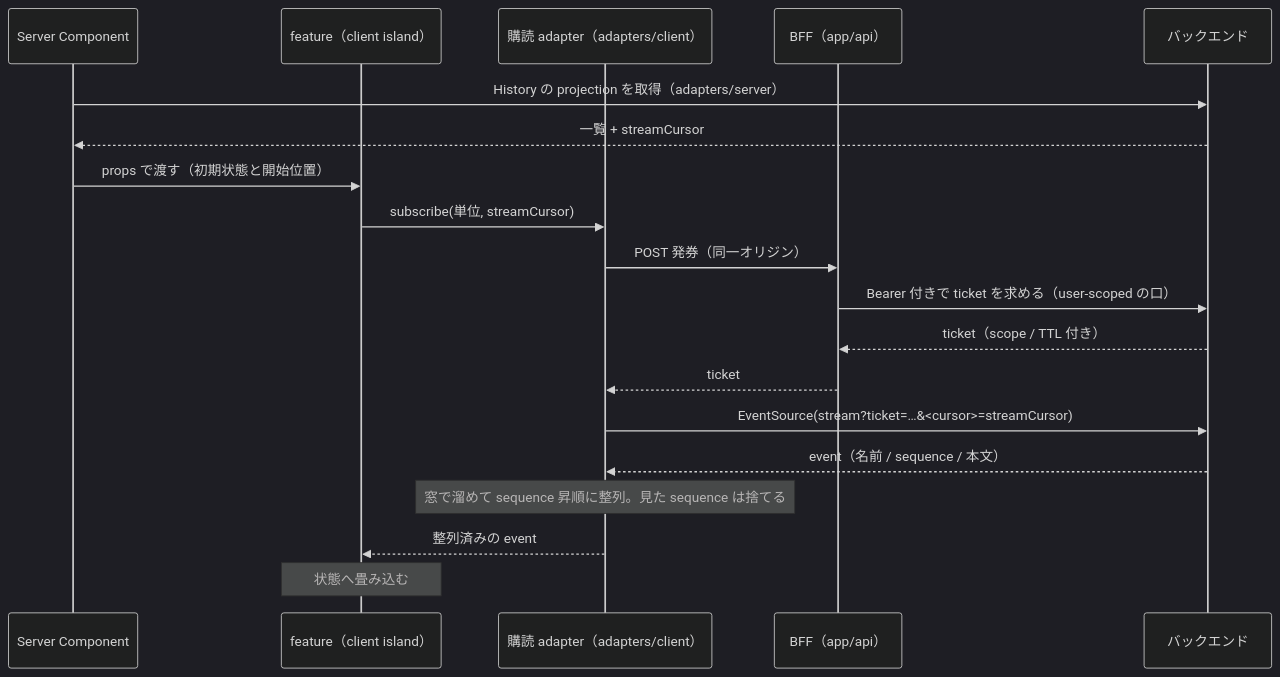
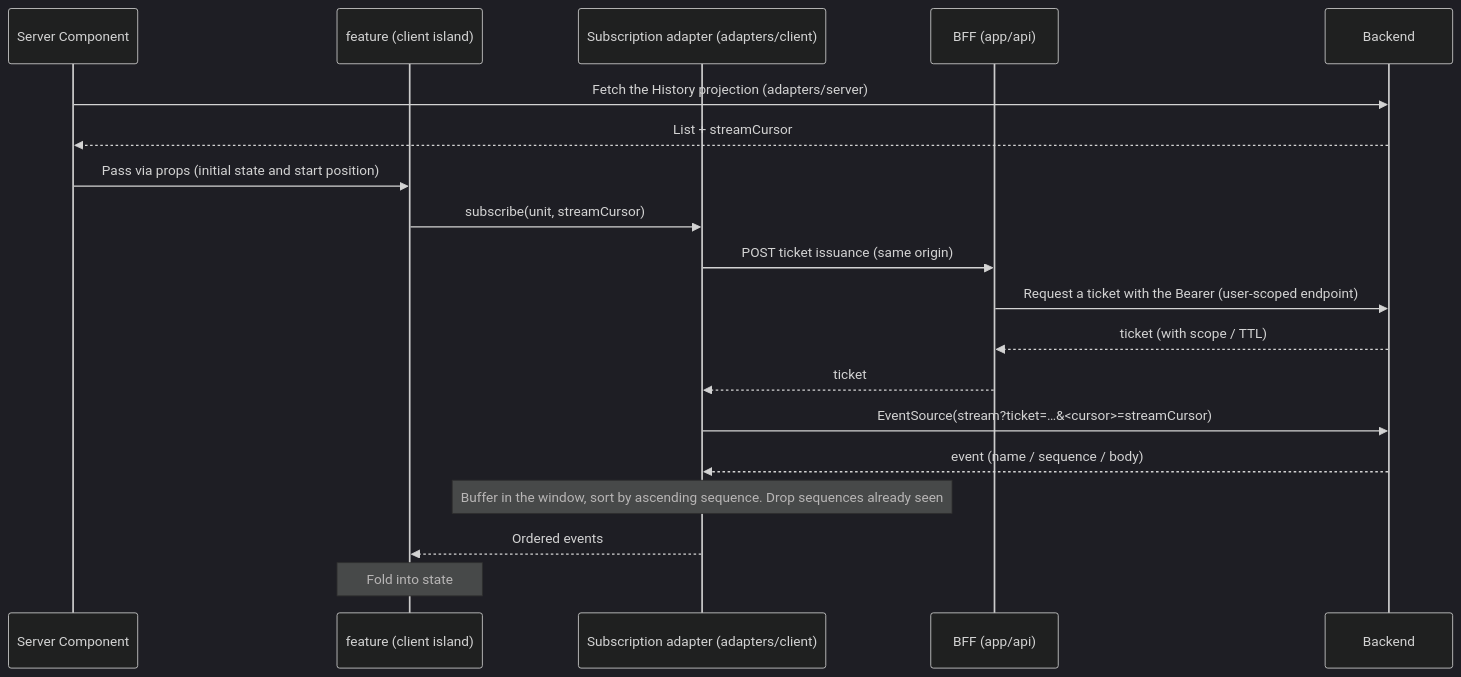
Before and after one commit to Tomy-ch/nextjs-boilerplate: the first of 3 diagrams in docs/design/realtime-delivery.md, drawn with Mermaid (dark theme). The commit also changed other lines of this file and 189 other files, not shown here.

````diff
--- a/docs/design/realtime-delivery.md
+++ b/docs/design/realtime-delivery.md
@@ -43,21 +43,21 @@
 ```mermaid
 sequenceDiagram
   participant S as Server Component
-  participant F as feature（client island）
-  participant A as 購読 adapter（adapters/client）
-  participant R as BFF（app/api）
-  participant B as バックエンド
-  S->>B: History の projection を取得（adapters/server）
-  B-->>S: 一覧 + streamCursor
-  S->>F: props で渡す（初期状態と開始位置）
-  F->>A: subscribe(単位, streamCursor)
-  A->>R: POST 発券（同一オリジン）
-  R->>B: Bearer 付きで ticket を求める（user-scoped の口）
-  B-->>R: ticket（scope / TTL 付き）
+  participant F as feature (client island)
+  participant A as Subscription adapter (adapters/client)
+  participant R as BFF (app/api)
+  participant B as Backend
+  S->>B: Fetch the History projection (adapters/server)
+  B-->>S: List + streamCursor
+  S->>F: Pass via props (initial state and start position)
+  F->>A: subscribe(unit, streamCursor)
+  A->>R: POST ticket issuance (same origin)
+  R->>B: Request a ticket with the Bearer (user-scoped endpoint)
+  B-->>R: ticket (with scope / TTL)
   R-->>A: ticket
   A->>B: EventSource(stream?ticket=…&<cursor>=streamCursor)
-  B-->>A: event（名前 / sequence / 本文）
-  Note over A: 窓で溜めて sequence 昇順に整列。見た sequence は捨てる
-  A-->>F: 整列済みの event
-  Note over F: 状態へ畳み込む
+  B-->>A: event (name / sequence / body)
+  Note over A: Buffer in the window, sort by ascending sequence. Drop sequences already seen
+  A-->>F: Ordered events
+  Note over F: Fold into state
 ```
````
